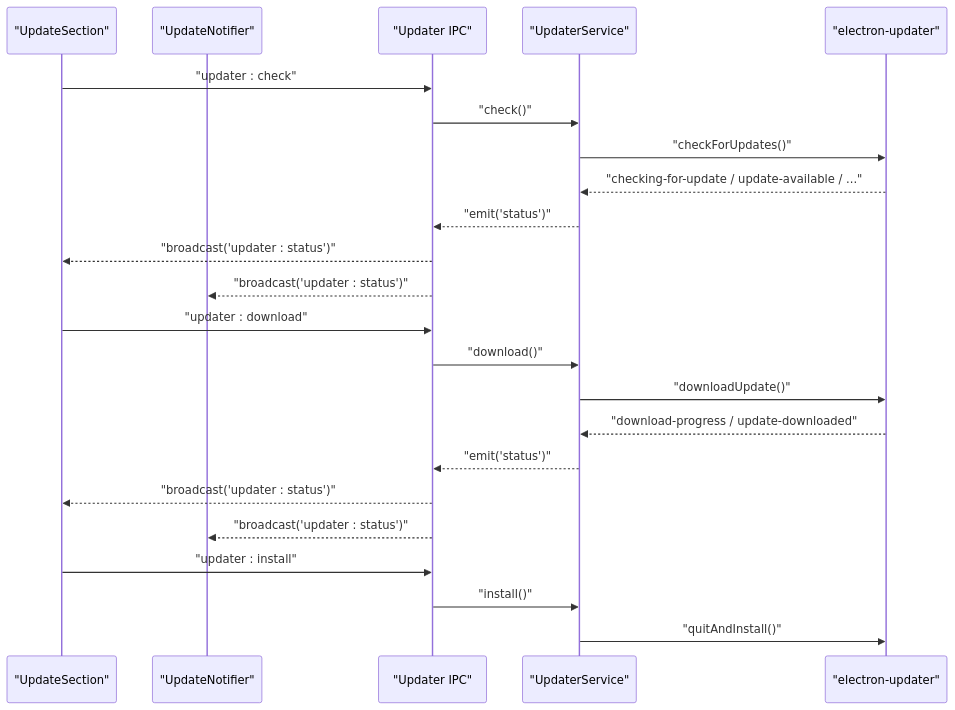
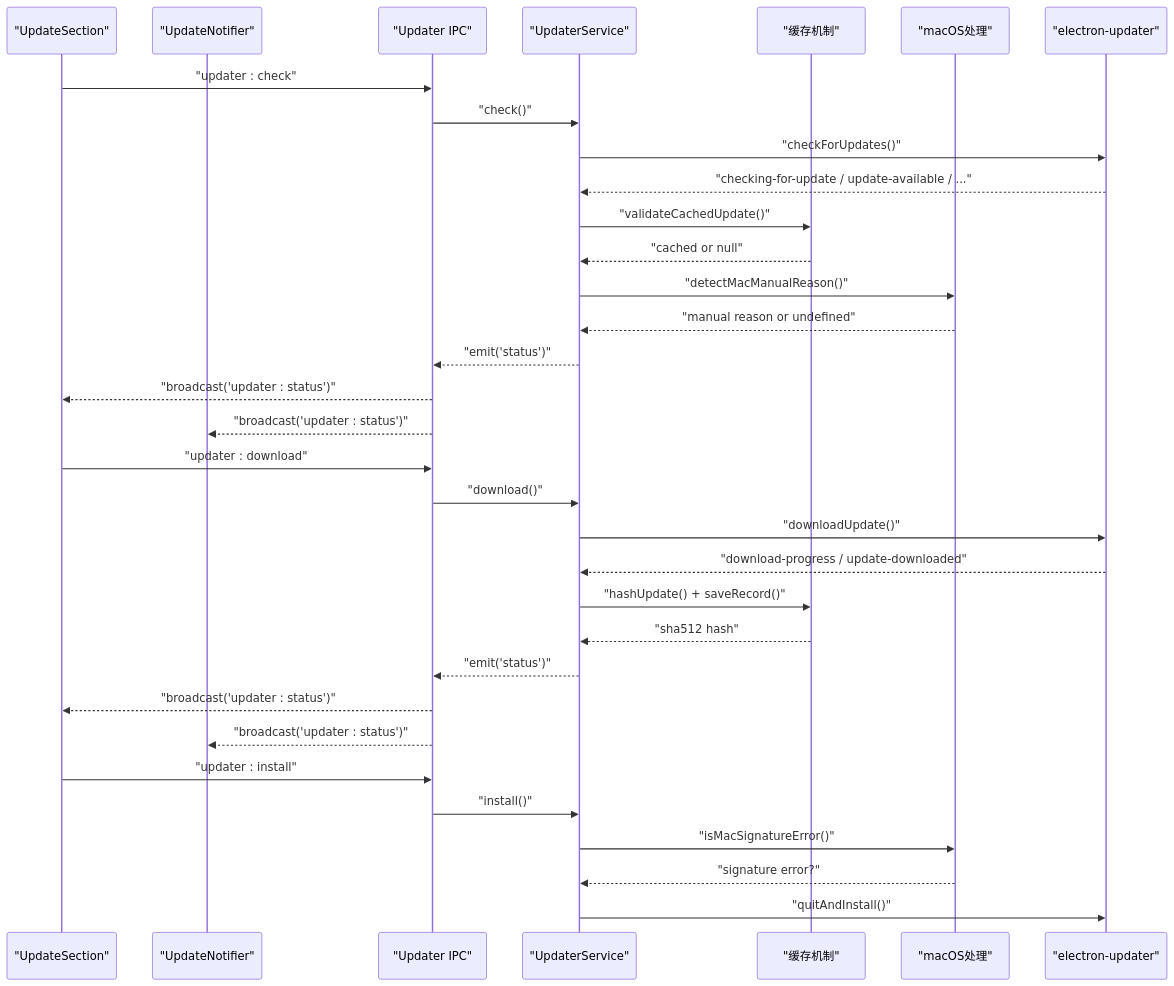
One commit to hozeeee/script-box changed the second of 5 diagrams in .qoder/repowiki/zh/content/前端应用架构/页面组件/设置页面/更新设置区块.md. Above: the diagram before and after it, drawn with Mermaid. The commit also changed other lines of this file and 5 other files, not shown here.

````diff
--- a/.qoder/repowiki/zh/content/前端应用架构/页面组件/设置页面/更新设置区块.md
+++ b/.qoder/repowiki/zh/content/前端应用架构/页面组件/设置页面/更新设置区块.md
@@ -87,25 +112,35 @@
 ```mermaid
 sequenceDiagram
 participant UI as "UpdateSection"
 participant Notifier as "UpdateNotifier"
 participant IPC as "Updater IPC"
 participant Svc as "UpdaterService"
+participant Cache as "缓存机制"
+participant Mac as "macOS处理"
 participant AU as "electron-updater"
 UI->>IPC : "updater : check"
 IPC->>Svc : "check()"
 Svc->>AU : "checkForUpdates()"
 AU-->>Svc : "checking-for-update / update-available / ..."
+Svc->>Cache : "validateCachedUpdate()"
+Cache-->>Svc : "cached or null"
+Svc->>Mac : "detectMacManualReason()"
+Mac-->>Svc : "manual reason or undefined"
 Svc-->>IPC : "emit('status')"
 IPC-->>UI : "broadcast('updater : status')"
 IPC-->>Notifier : "broadcast('updater : status')"
 UI->>IPC : "updater : download"
 IPC->>Svc : "download()"
 Svc->>AU : "downloadUpdate()"
 AU-->>Svc : "download-progress / update-downloaded"
+Svc->>Cache : "hashUpdate() + saveRecord()"
+Cache-->>Svc : "sha512 hash"
 Svc-->>IPC : "emit('status')"
 IPC-->>UI : "broadcast('updater : status')"
 IPC-->>Notifier : "broadcast('updater : status')"
 UI->>IPC : "updater : install"
 IPC->>Svc : "install()"
+Svc->>Mac : "isMacSignatureError()"
+Mac-->>Svc : "signature error?"
 Svc->>AU : "quitAndInstall()"
 ```
````
